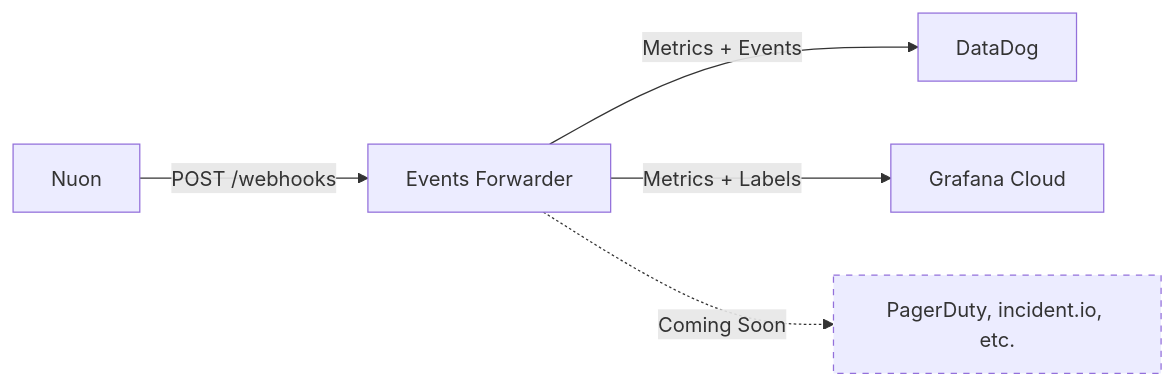
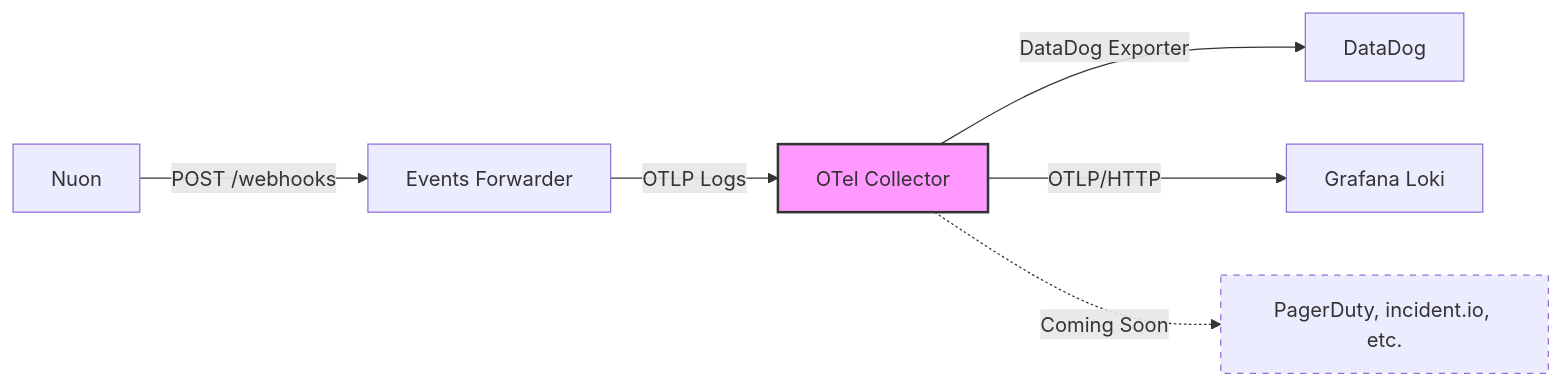
Before and after one commit to nuonco/events-forwarder: the diagram in README.md, drawn with Mermaid. The commit also changed other lines of this file, not shown here.

Commit message:
docs: update README for OpenTelemetry architecture

````diff
--- a/README.md
+++ b/README.md
@@ -7,9 +7,11 @@
 ```mermaid
 graph LR
     A[Nuon] -->|POST /webhooks| B[Events Forwarder]
-    B -->|Metrics + Events| C[DataDog]
-    B -->|Metrics + Labels| D[Grafana Cloud]
-    B -.->|Coming Soon| E[PagerDuty, incident.io, etc.]
+    B -->|OTLP Logs| C[OTel Collector]
+    C -->|DataDog Exporter| D[DataDog]
+    C -->|OTLP/HTTP| E[Grafana Loki]
+    C -.->|Coming Soon| F[PagerDuty, incident.io, etc.]
     
-    style E stroke-dasharray: 5 5
+    style F stroke-dasharray: 5 5
+    style C fill:#f9f,stroke:#333,stroke-width:2px
 ```
````
